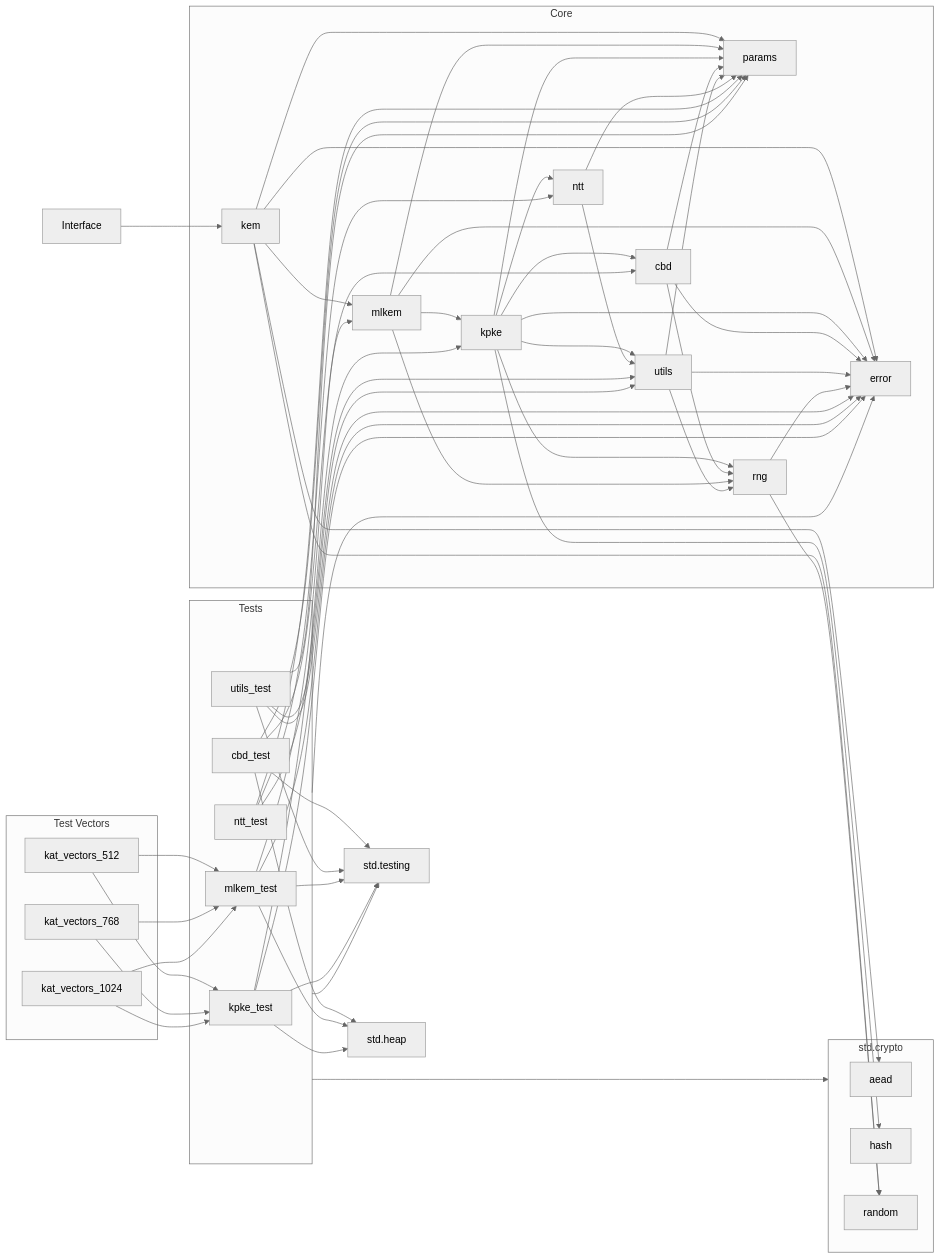
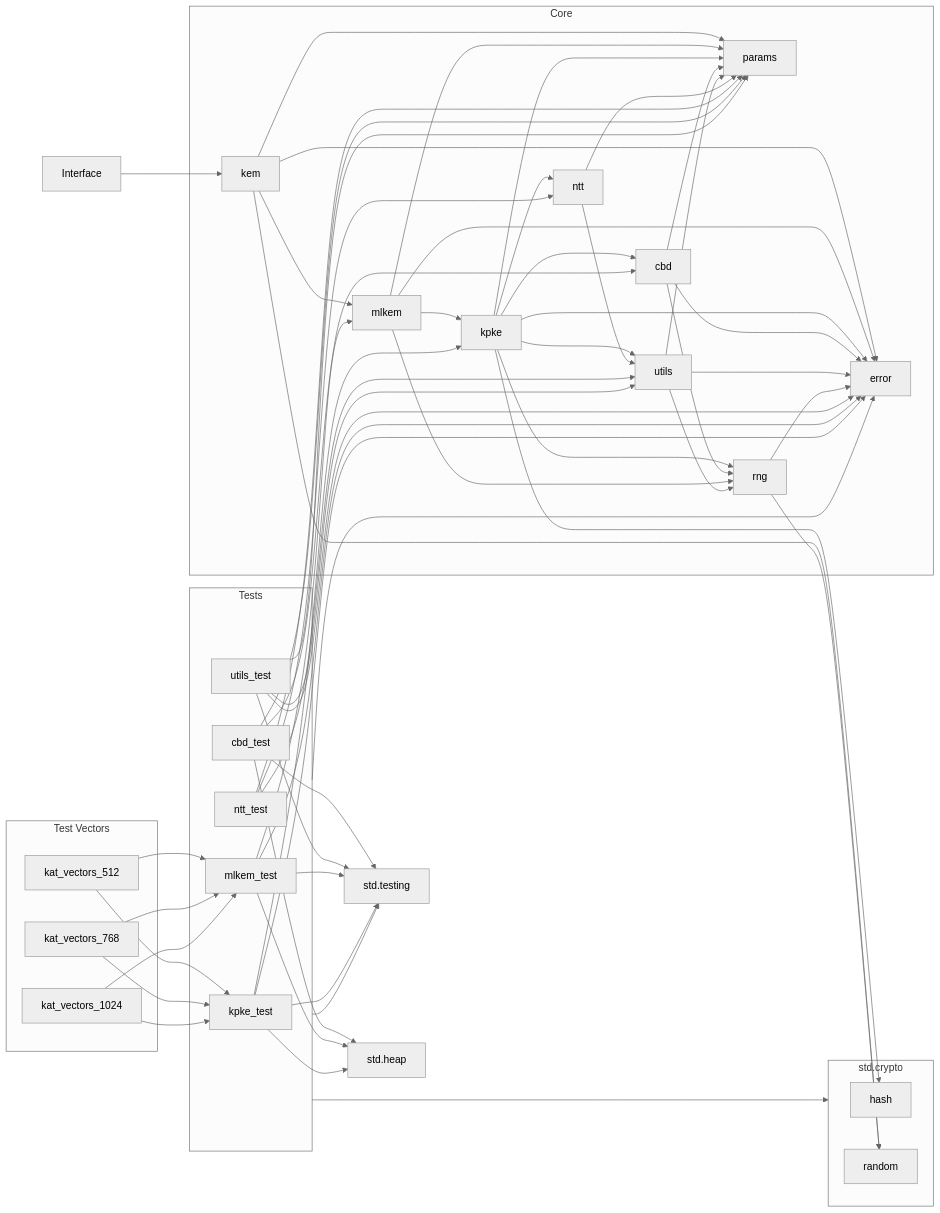
The diagram in README.md (nshkrdotcom/zips), drawn with Mermaid (neutral theme) before and after one commit. The commit also changed other lines of this file and 2 other files, not shown here.

```diff
--- a/README.md
+++ b/README.md
@@ -82,7 +82,6 @@
     end
 
     subgraph SC["std.crypto"]
-        aead
         hash
         random
     end
@@ -120,7 +119,6 @@
     cbd --> rng
     cbd --> params
     mlkem --> rng
-    kem --> aead
     kem --> random
     kem --> error
     mlkem --> error
```
